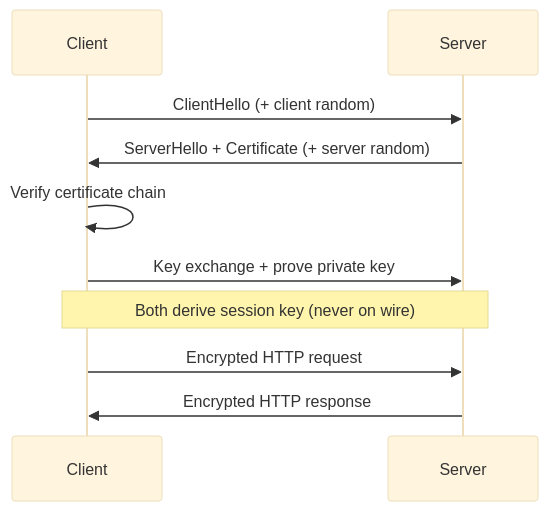
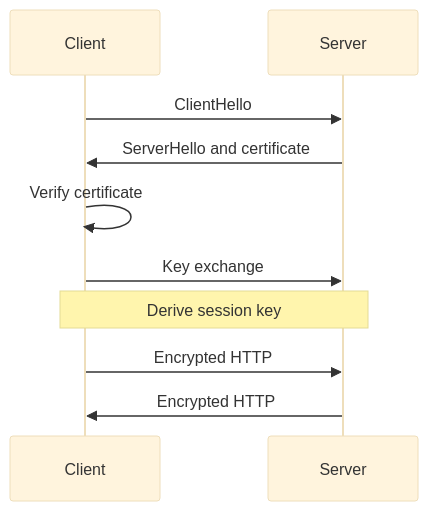
Before and after one commit to hareramcse/SystemDesign: the seventh of 17 diagrams in 01-networking/README.md, drawn with Mermaid (base theme). The commit also changed other lines of this file, not shown here.

````diff
--- a/01-networking/README.md
+++ b/01-networking/README.md
@@ -3125,12 +3030,12 @@
 ```mermaid
 sequenceDiagram
     participant C as Client
     participant S as Server
-    C->>S: ClientHello (+ client random)
-    S->>C: ServerHello + Certificate (+ server random)
-    C->>C: Verify certificate chain
-    C->>S: Key exchange + prove private key
-    Note over C,S: Both derive session key (never on wire)
-    C->>S: Encrypted HTTP request
-    S->>C: Encrypted HTTP response
+    C->>S: ClientHello
+    S->>C: ServerHello and certificate
+    C->>C: Verify certificate
+    C->>S: Key exchange
+    Note over C,S: Derive session key
+    C->>S: Encrypted HTTP
+    S->>C: Encrypted HTTP
 ```
````
